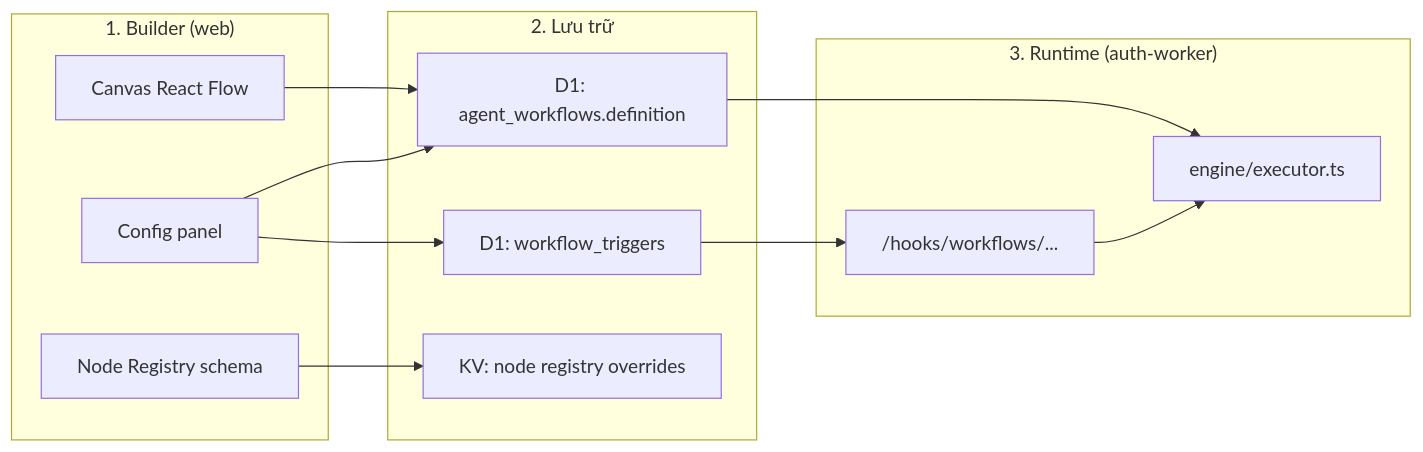
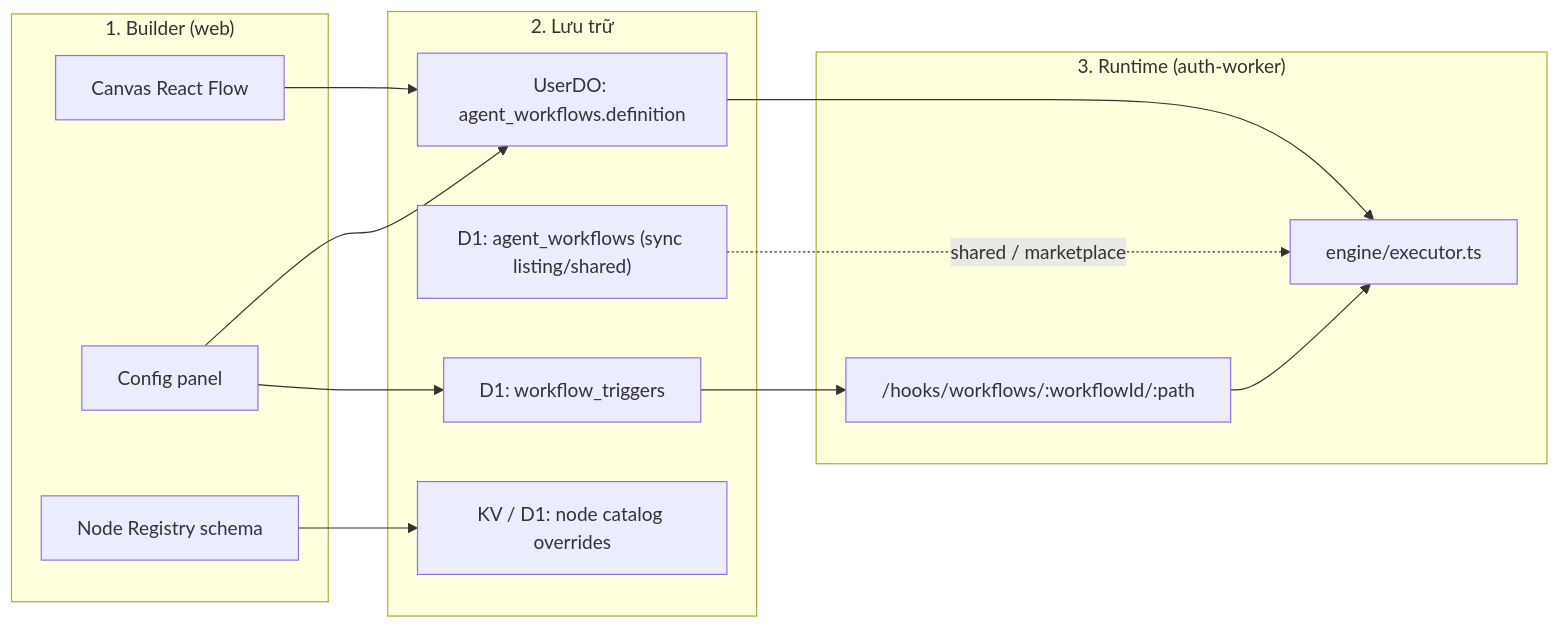
Before and after one commit to trantuan-vn/aiagents-hub: the first of 5 diagrams in docs/workflow-how-it-works.md, drawn with Mermaid. The commit also changed other lines of this file and 34 other files, not shown here.

````diff
--- a/docs/workflow-how-it-works.md
+++ b/docs/workflow-how-it-works.md
@@ -22,27 +22,29 @@
 ```mermaid
 flowchart LR
   subgraph Editor["1. Builder (web)"]
     Canvas["Canvas React Flow"]
     Config["Config panel"]
     Registry["Node Registry schema"]
   end
 
   subgraph Storage["2. Lưu trữ"]
-    D1_WF["D1: agent_workflows.definition"]
+    DO_WF["UserDO: agent_workflows.definition"]
+    D1_WF["D1: agent_workflows (sync listing/shared)"]
     D1_TRG["D1: workflow_triggers"]
-    KV["KV: node registry overrides"]
+    KV["KV / D1: node catalog overrides"]
   end
 
   subgraph Runtime["3. Runtime (auth-worker)"]
-    Hook["/hooks/workflows/..."]
+    Hook["/hooks/workflows/:workflowId/:path"]
     Exec["engine/executor.ts"]
   end
 
-  Canvas --> D1_WF
-  Config --> D1_WF
+  Canvas --> DO_WF
+  Config --> DO_WF
   Config --> D1_TRG
   Registry --> KV
   Hook --> Exec
-  D1_WF --> Exec
+  DO_WF --> Exec
+  D1_WF -.->|"shared / marketplace"| Exec
   D1_TRG --> Hook
 ```
````
